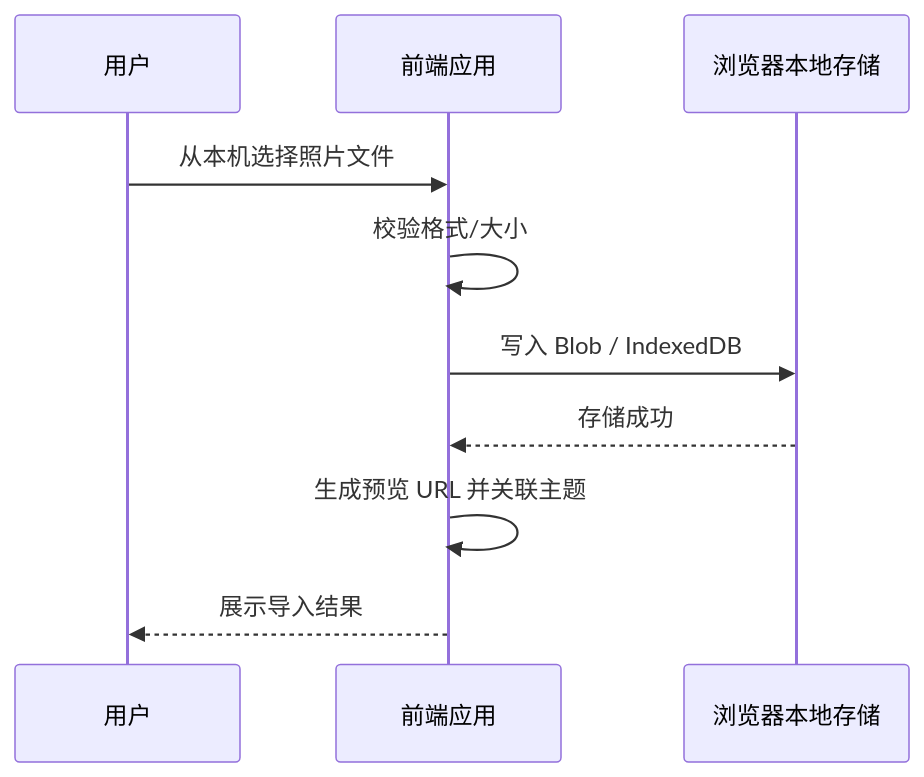
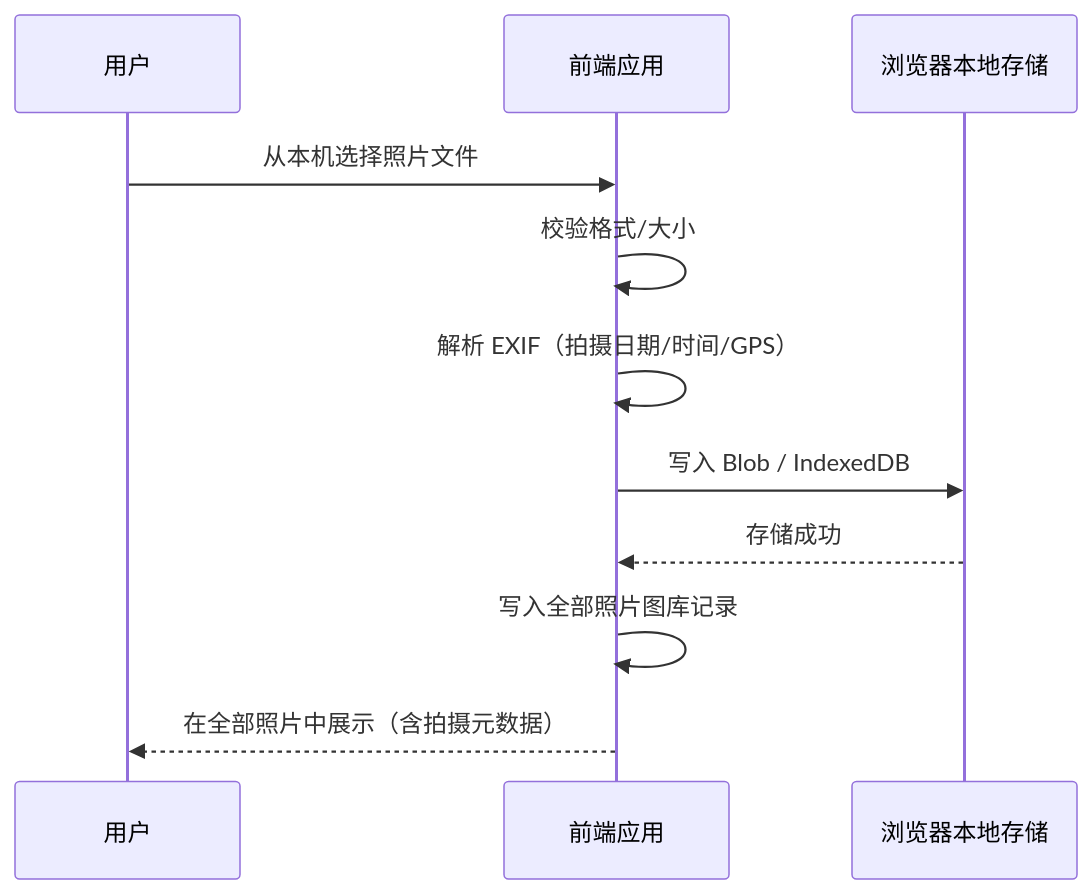
Before and after one commit to skmywwx/MLT: the third of 4 diagrams in PRD.md, drawn with Mermaid. The commit also changed other lines of this file and 1 other file, not shown here.

````diff
--- a/PRD.md
+++ b/PRD.md
@@ -221,13 +249,14 @@
 ```mermaid
 sequenceDiagram
     participant U as 用户
     participant App as 前端应用
     participant Local as 浏览器本地存储
 
     U->>App: 从本机选择照片文件
     App->>App: 校验格式/大小
+    App->>App: 解析 EXIF（拍摄日期/时间/GPS）
     App->>Local: 写入 Blob / IndexedDB
     Local-->>App: 存储成功
-    App->>App: 生成预览 URL 并关联主题
-    App-->>U: 展示导入结果
+    App->>App: 写入全部照片图库记录
+    App-->>U: 在全部照片中展示（含拍摄元数据）
 ```
````
